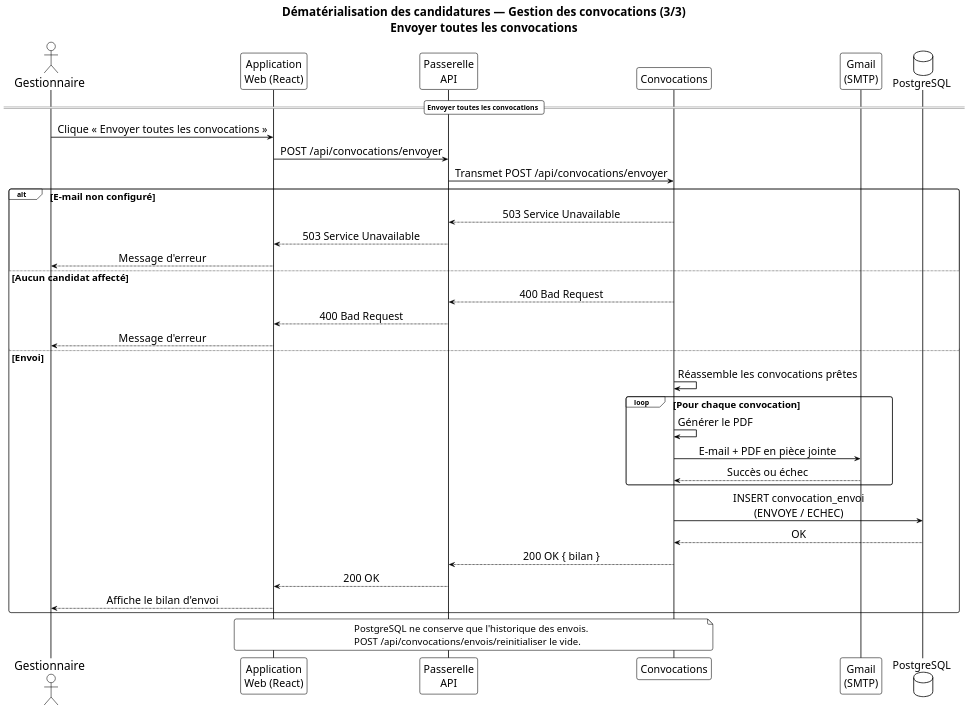
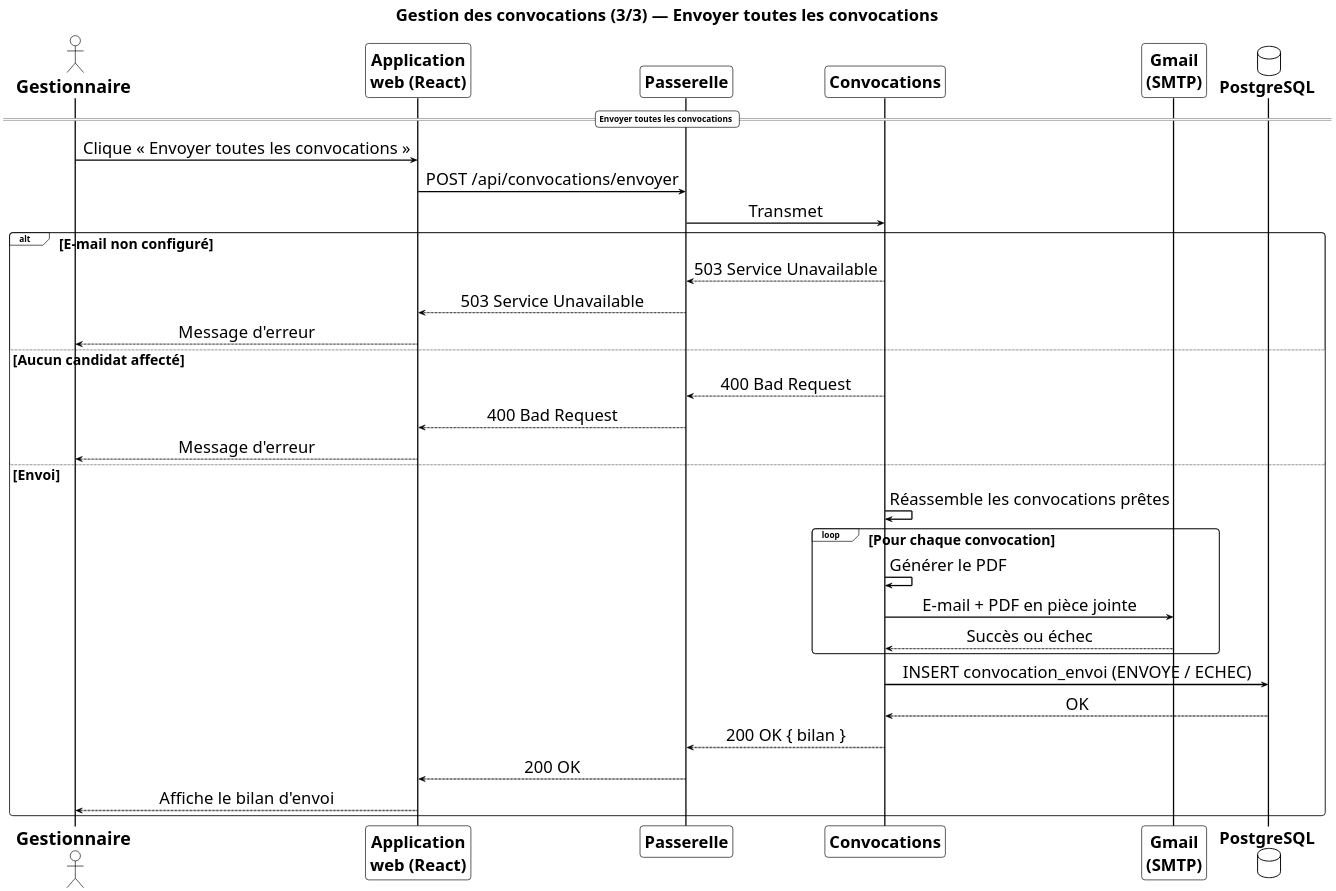
One commit to mouadofficiel2003/PFE2 changed the diagram in diagramme-sequence-gestion-convocations-p3.puml. Above: the diagram before and after it, drawn with PlantUML. The commit also changed 45 other files, not shown here.

Commit message:
Mise a jour du rapport PFE, des diagrammes UML/Gantt et de la soutenance.

```diff
--- a/diagramme-sequence-gestion-convocations-p3.puml
+++ b/diagramme-sequence-gestion-convocations-p3.puml
@@ -1,86 +1,87 @@
-@startuml diagramme-sequence-gestion-convocations-3
+@startuml diagramme-sequence-gestion-convocations-p3
 !theme plain
 skinparam shadowing false
-skinparam roundcorner 8
-skinparam dpi 150
+skinparam roundcorner 10
+skinparam dpi 180
 skinparam sequenceMessageAlign center
-skinparam responseMessageBelowArrow true
+skinparam responseMessageBelowArrow false
 
 <style>
 title {
-  FontSize 26
+  FontSize 32
   FontStyle bold
+  Margin 8
 }
 document {
-  FontSize 22
+  FontSize 26
 }
 sequenceDiagram {
   actor {
+    FontSize 28
+    FontStyle bold
+    Padding 8
+  }
+  participant {
+    FontSize 26
+    FontStyle bold
+    Padding 8
+  }
+  database {
+    FontSize 26
+    FontStyle bold
+    Padding 8
+  }
+  arrow {
+    FontSize 26
+    LineThickness 2
+  }
+  divider {
+    FontSize 24
+    FontStyle bold
+  }
+  group {
     FontSize 22
   }
-  participant {
-    FontSize 20
-  }
-  database {
-    FontSize 20
-  }
-  arrow {
-    FontSize 20
-    LineThickness 1.5
-  }
-  divider {
-    FontSize 20
-  }
-  group {
-    FontSize 18
-  }
-  note {
-    FontSize 18
-  }
   lifeLine {
-    LineThickness 1.5
+    LineThickness 2
   }
 }
 </style>
 
-title Dématérialisation des candidatures — Gestion des convocations (3/3)\nEnvoyer toutes les convocations
+title Gestion des convocations (3/3) — Envoyer toutes les convocations
 
 actor "Gestionnaire" as Gest
-participant "Application\nWeb (React)" as React
-participant "Passerelle\nAPI" as GW
+participant "Application\nweb (React)" as React
+participant "Passerelle" as GW
 participant "Convocations" as Conv
 participant "Gmail\n(SMTP)" as Mail
 database "PostgreSQL" as DB
 
 == Envoyer toutes les convocations ==
+
 Gest -> React : Clique « Envoyer toutes les convocations »
 React -> GW : POST /api/convocations/envoyer
-GW -> Conv : Transmet POST /api/convocations/envoyer
+GW -> Conv : Transmet
 alt E-mail non configuré
   Conv --> GW : 503 Service Unavailable
   GW --> React : 503 Service Unavailable
   React --> Gest : Message d'erreur
 else Aucun candidat affecté
   Conv --> GW : 400 Bad Request
   GW --> React : 400 Bad Request
   React --> Gest : Message d'erreur
 else Envoi
   Conv -> Conv : Réassemble les convocations prêtes
   loop Pour chaque convocation
     Conv -> Conv : Générer le PDF
     Conv -> Mail : E-mail + PDF en pièce jointe
     Mail --> Conv : Succès ou échec
   end
-  Conv -> DB : INSERT convocation_envoi\n(ENVOYE / ECHEC)
+  Conv -> DB : INSERT convocation_envoi (ENVOYE / ECHEC)
   DB --> Conv : OK
   Conv --> GW : 200 OK { bilan }
   GW --> React : 200 OK
   React --> Gest : Affiche le bilan d'envoi
 end
 
-note over React, Conv
-  PostgreSQL ne conserve que l'historique des envois.
-  POST /api/convocations/envois/reinitialiser le vide.
-end note
-
 @enduml
```
